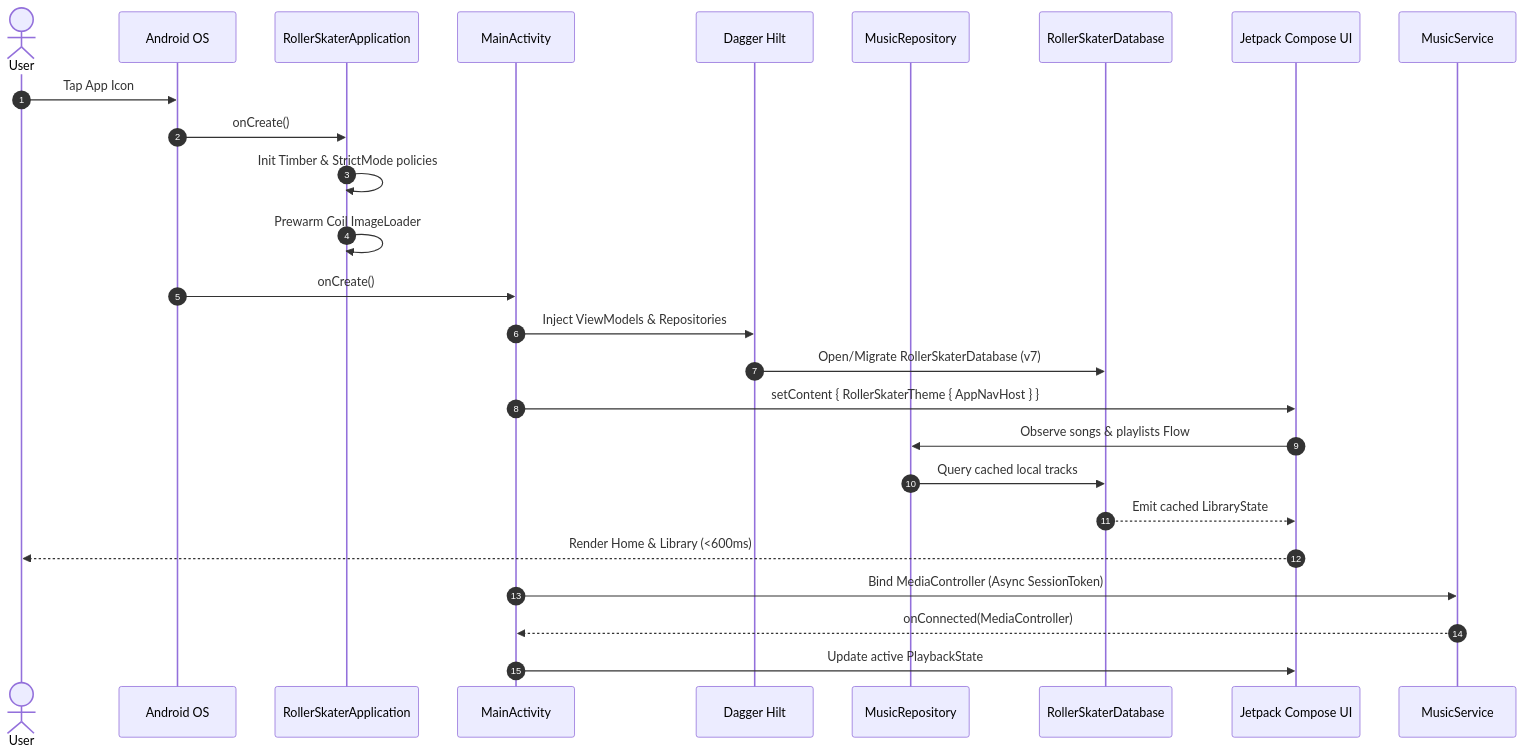
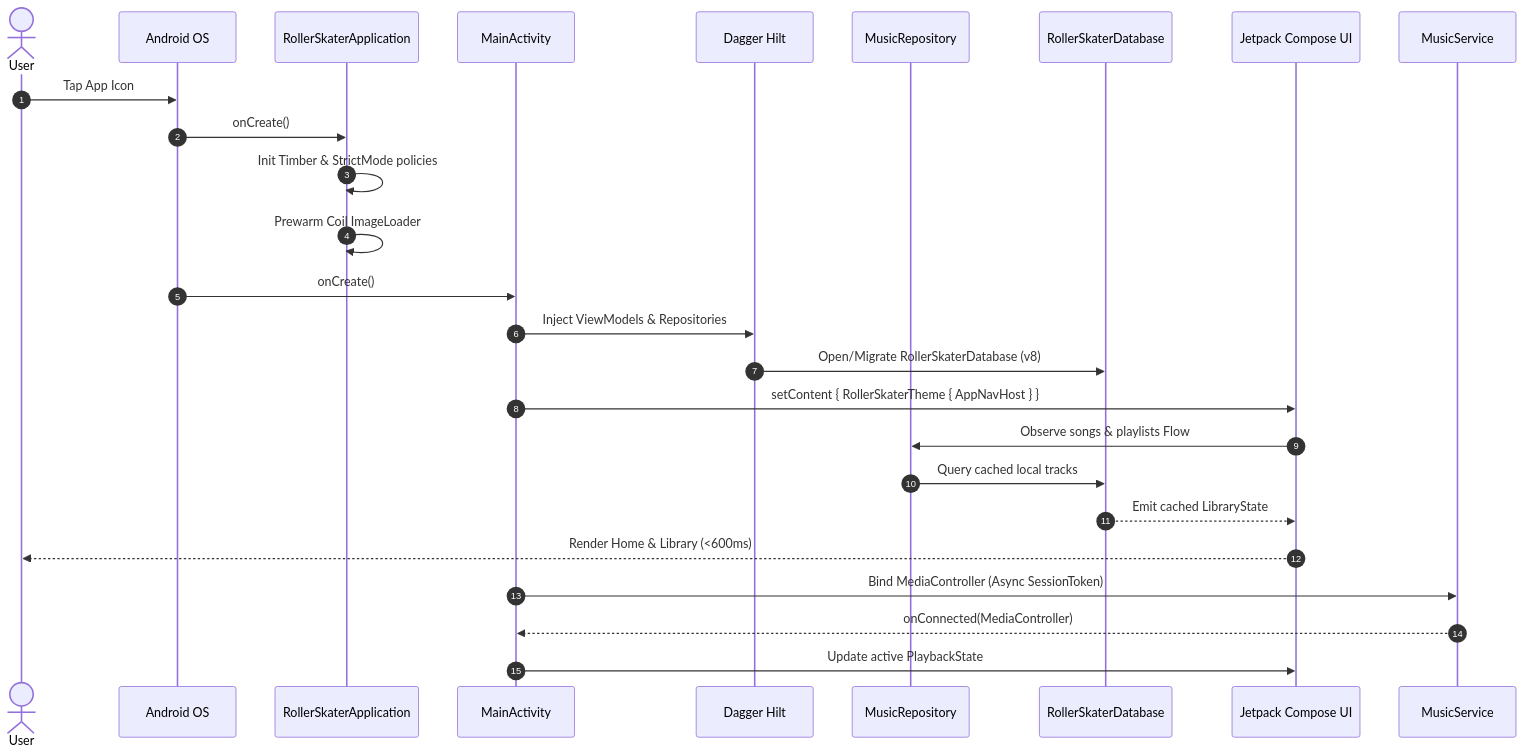
The second of 6 diagrams in docs/ARCHITECTURE.md (dhyandevp/RollerSkater), drawn with Mermaid before and after one commit. The commit also changed other lines of this file and 41 other files, not shown here.

````diff
--- a/docs/ARCHITECTURE.md
+++ b/docs/ARCHITECTURE.md
@@ -71,29 +71,29 @@
 ```mermaid
 sequenceDiagram
     autonumber
     actor User
     participant OS as Android OS
     participant App as RollerSkaterApplication
     participant Activity as MainActivity
     participant Hilt as Dagger Hilt
     participant Repo as MusicRepository
     participant DB as RollerSkaterDatabase
     participant UI as Jetpack Compose UI
     participant Service as MusicService
 
     User->>OS: Tap App Icon
     OS->>App: onCreate()
     App->>App: Init Timber & StrictMode policies
     App->>App: Prewarm Coil ImageLoader
     OS->>Activity: onCreate()
     Activity->>Hilt: Inject ViewModels & Repositories
-    Hilt->>DB: Open/Migrate RollerSkaterDatabase (v7)
+    Hilt->>DB: Open/Migrate RollerSkaterDatabase (v8)
     Activity->>UI: setContent { RollerSkaterTheme { AppNavHost } }
     UI->>Repo: Observe songs & playlists Flow
     Repo->>DB: Query cached local tracks
     DB-->>UI: Emit cached LibraryState
     UI-->>User: Render Home & Library (<600ms)
     Activity->>Service: Bind MediaController (Async SessionToken)
     Service-->>Activity: onConnected(MediaController)
     Activity->>UI: Update active PlaybackState
 ```
````
